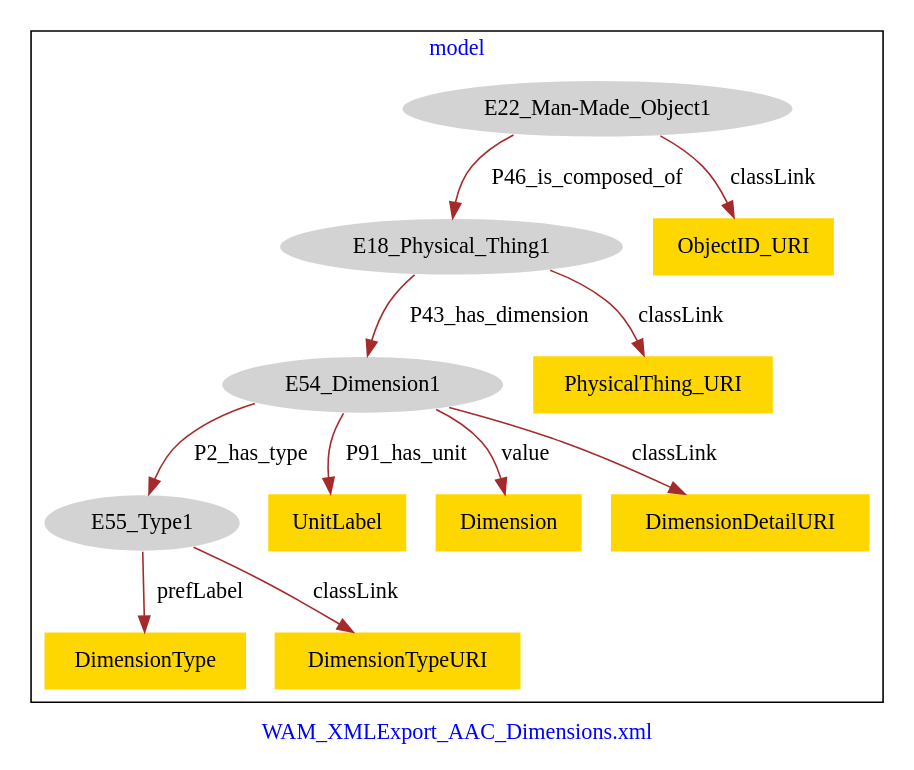
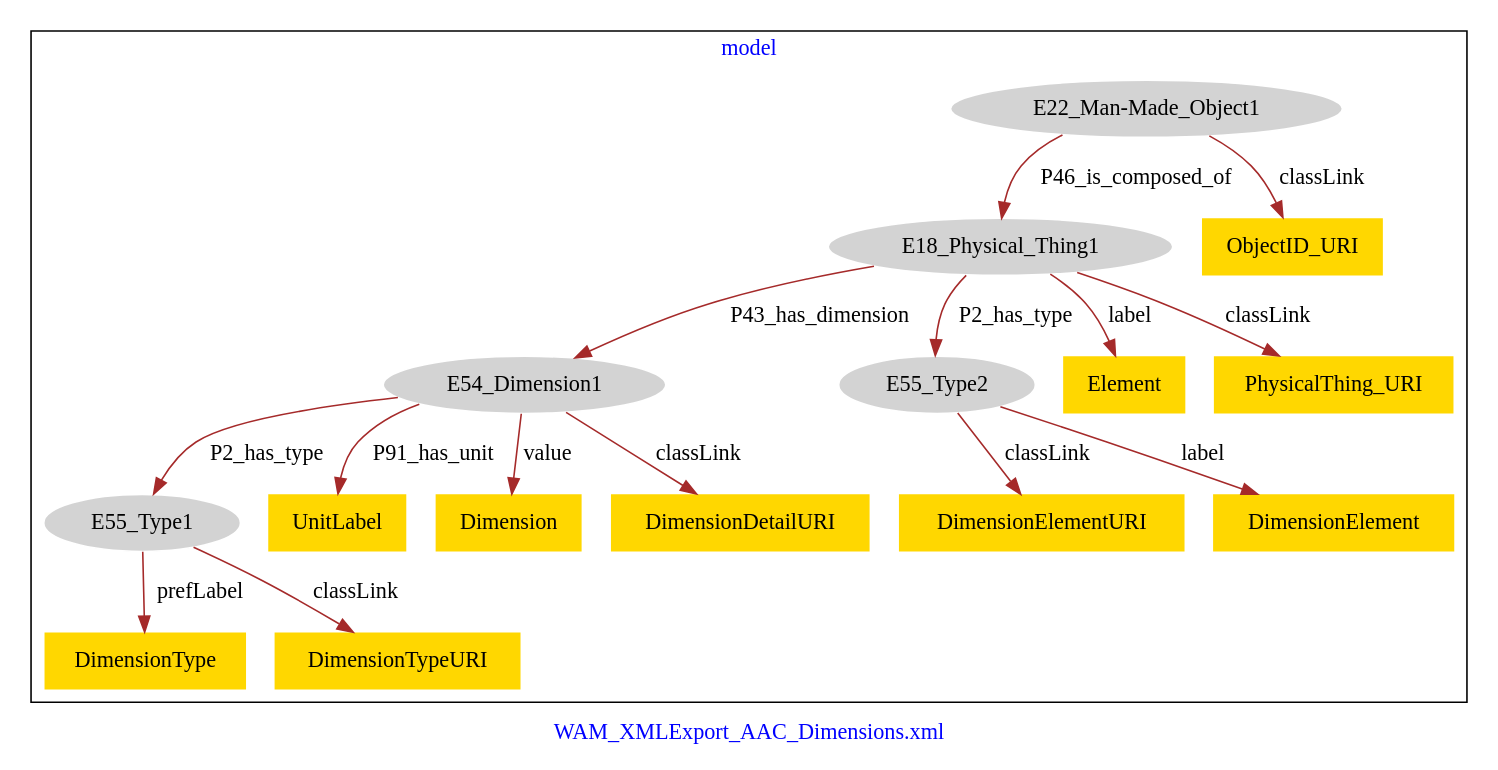
Before and after one commit to american-art/wam: the diagram in WAM_AAC_Dimensions/WAM_AAC_Dimensions-model.dot, drawn with Graphviz.

Commit message:
Update file WAM_AAC_Dimensions-model.dot

```diff
--- a/WAM_AAC_Dimensions/WAM_AAC_Dimensions-model.dot
+++ b/WAM_AAC_Dimensions/WAM_AAC_Dimensions-model.dot
@@ -1,29 +1,37 @@
 digraph n0 {
 fontcolor="blue"
 remincross="true"
 label="WAM_XMLExport_AAC_Dimensions.xml"
 subgraph cluster {
 label="model"
 n2[style="filled",color="white",fillcolor="lightgray",label="E18_Physical_Thing1"];
 n3[style="filled",color="white",fillcolor="lightgray",label="E54_Dimension1"];
-n4[style="filled",color="white",fillcolor="lightgray",label="E22_Man-Made_Object1"];
-n5[style="filled",color="white",fillcolor="lightgray",label="E55_Type1"];
-n6[shape="plaintext",style="filled",fillcolor="gold",label="DimensionType"];
-n7[shape="plaintext",style="filled",fillcolor="gold",label="UnitLabel"];
-n8[shape="plaintext",style="filled",fillcolor="gold",label="Dimension"];
+n4[style="filled",color="white",fillcolor="lightgray",label="E55_Type2"];
+n5[style="filled",color="white",fillcolor="lightgray",label="E22_Man-Made_Object1"];
+n6[style="filled",color="white",fillcolor="lightgray",label="E55_Type1"];
+n7[shape="plaintext",style="filled",fillcolor="gold",label="DimensionType"];
+n8[shape="plaintext",style="filled",fillcolor="gold",label="UnitLabel"];
 n9[shape="plaintext",style="filled",fillcolor="gold",label="DimensionTypeURI"];
-n10[shape="plaintext",style="filled",fillcolor="gold",label="PhysicalThing_URI"];
-n11[shape="plaintext",style="filled",fillcolor="gold",label="ObjectID_URI"];
-n12[shape="plaintext",style="filled",fillcolor="gold",label="DimensionDetailURI"];
+n10[shape="plaintext",style="filled",fillcolor="gold",label="Dimension"];
+n11[shape="plaintext",style="filled",fillcolor="gold",label="Element"];
+n12[shape="plaintext",style="filled",fillcolor="gold",label="ObjectID_URI"];
+n13[shape="plaintext",style="filled",fillcolor="gold",label="DimensionElementURI"];
+n14[shape="plaintext",style="filled",fillcolor="gold",label="PhysicalThing_URI"];
+n15[shape="plaintext",style="filled",fillcolor="gold",label="DimensionDetailURI"];
+n16[shape="plaintext",style="filled",fillcolor="gold",label="DimensionElement"];
 }
 n2 -> n3[color="brown",fontcolor="black",label="P43_has_dimension"]
-n4 -> n2[color="brown",fontcolor="black",label="P46_is_composed_of"]
-n3 -> n5[color="brown",fontcolor="black",label="P2_has_type"]
-n5 -> n6[color="brown",fontcolor="black",label="prefLabel"]
-n3 -> n7[color="brown",fontcolor="black",label="P91_has_unit"]
-n3 -> n8[color="brown",fontcolor="black",label="value"]
-n5 -> n9[color="brown",fontcolor="black",label="classLink"]
-n2 -> n10[color="brown",fontcolor="black",label="classLink"]
-n4 -> n11[color="brown",fontcolor="black",label="classLink"]
-n3 -> n12[color="brown",fontcolor="black",label="classLink"]
+n2 -> n4[color="brown",fontcolor="black",label="P2_has_type"]
+n5 -> n2[color="brown",fontcolor="black",label="P46_is_composed_of"]
+n3 -> n6[color="brown",fontcolor="black",label="P2_has_type"]
+n6 -> n7[color="brown",fontcolor="black",label="prefLabel"]
+n3 -> n8[color="brown",fontcolor="black",label="P91_has_unit"]
+n6 -> n9[color="brown",fontcolor="black",label="classLink"]
+n3 -> n10[color="brown",fontcolor="black",label="value"]
+n2 -> n11[color="brown",fontcolor="black",label="label"]
+n5 -> n12[color="brown",fontcolor="black",label="classLink"]
+n4 -> n13[color="brown",fontcolor="black",label="classLink"]
+n2 -> n14[color="brown",fontcolor="black",label="classLink"]
+n3 -> n15[color="brown",fontcolor="black",label="classLink"]
+n4 -> n16[color="brown",fontcolor="black",label="label"]
 }
```
